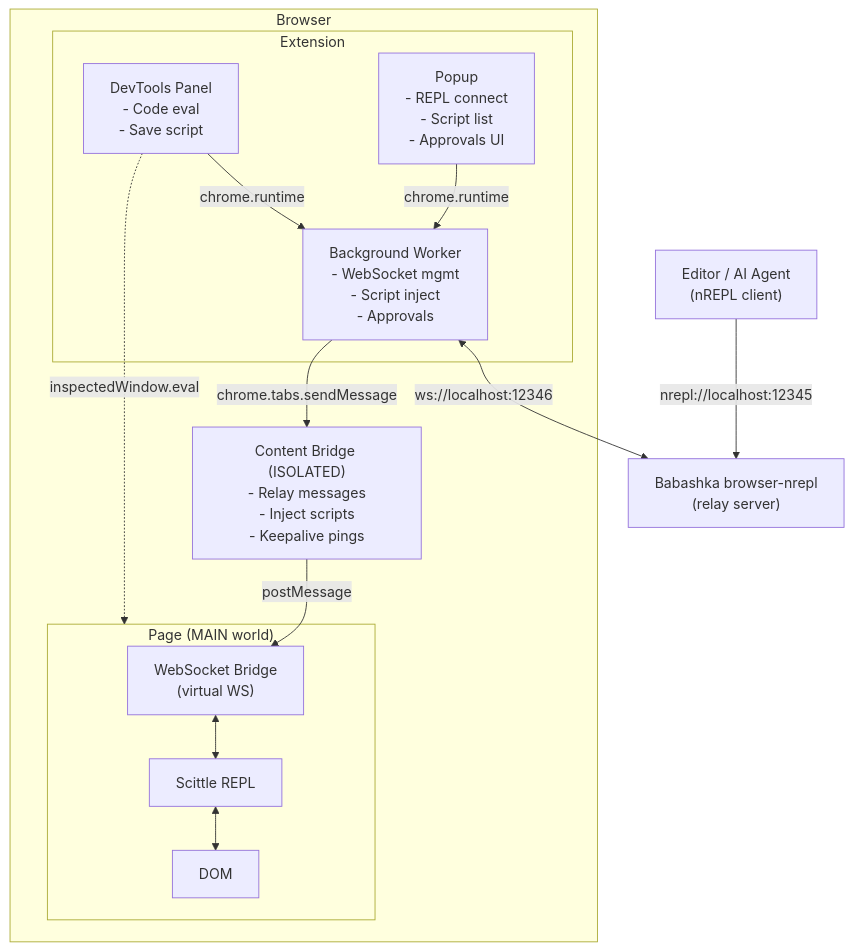
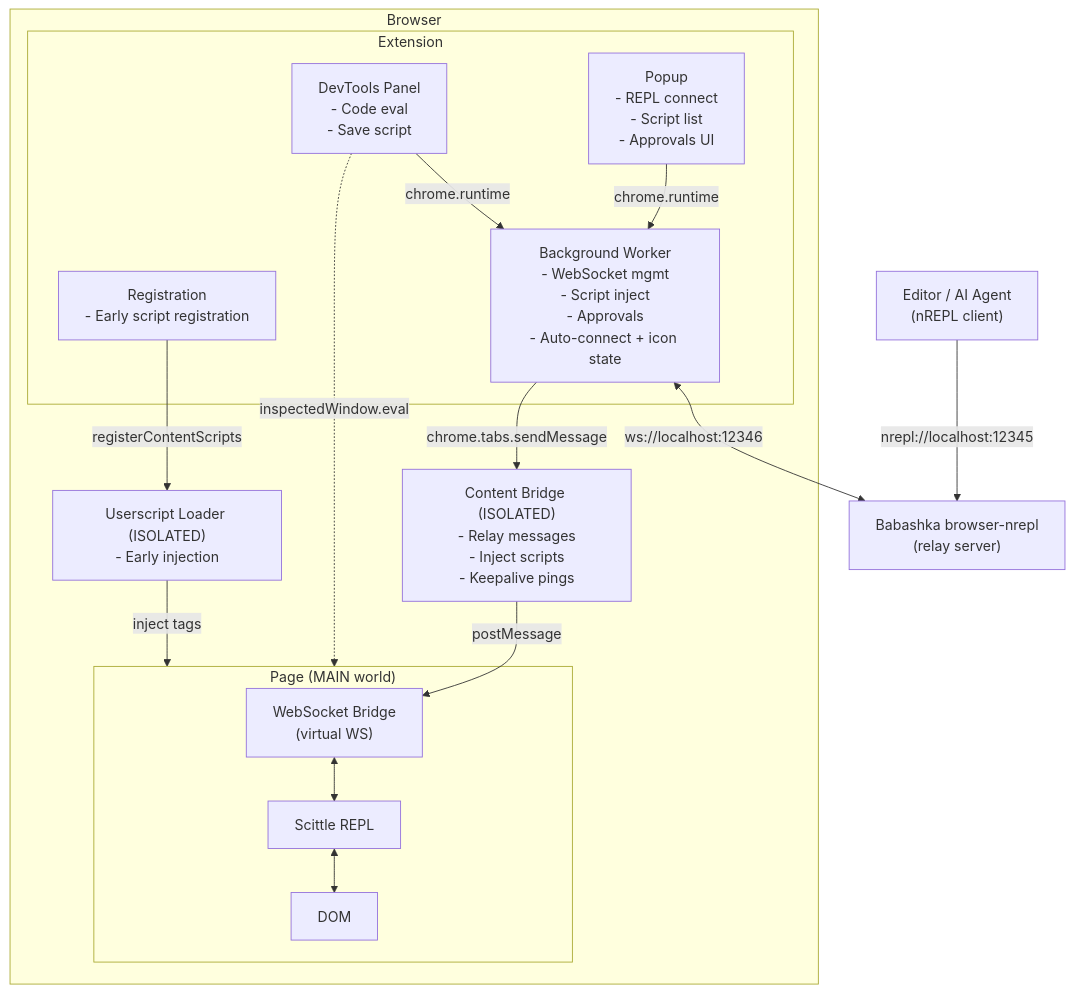
One commit to PEZ/epupp changed the diagram in dev/docs/architecture.md. Above: the diagram before and after it, drawn with Mermaid. The commit also changed other lines of this file and 7 other files, not shown here.

Commit message:
Update architecture from code

````diff
--- a/dev/docs/architecture.md
+++ b/dev/docs/architecture.md
@@ -16,32 +20,36 @@
 ```mermaid
 flowchart TB
     subgraph Browser
         subgraph Extension
-            BG["Background Worker<br/>- WebSocket mgmt<br/>- Script inject<br/>- Approvals"]
+            BG["Background Worker<br/>- WebSocket mgmt<br/>- Script inject<br/>- Approvals<br/>- Auto-connect + icon state"]
+            Reg["Registration<br/>- Early script registration"]
             Popup["Popup<br/>- REPL connect<br/>- Script list<br/>- Approvals UI"]
             Panel["DevTools Panel<br/>- Code eval<br/>- Save script"]
 
             Popup -->|"chrome.runtime"| BG
             Panel -->|"chrome.runtime"| BG
         end
 
         CB["Content Bridge (ISOLATED)<br/>- Relay messages<br/>- Inject scripts<br/>- Keepalive pings"]
+        Loader["Userscript Loader (ISOLATED)<br/>- Early injection"]
         BG -->|"chrome.tabs.sendMessage"| CB
+        Reg -->|"registerContentScripts"| Loader
         Panel -.->|"inspectedWindow.eval"| Page
 
         subgraph Page["Page (MAIN world)"]
             WSB["WebSocket Bridge<br/>(virtual WS)"]
             Scittle["Scittle REPL"]
             DOM["DOM"]
             WSB <--> Scittle <--> DOM
         end
 
         CB -->|"postMessage"| WSB
+        Loader -->|"inject tags"| Page
     end
 
     Relay["Babashka browser-nrepl<br/>(relay server)"]
     Editor["Editor / AI Agent<br/>(nREPL client)"]
 
     BG <-->|"ws://localhost:12346"| Relay
     Editor -->|"nrepl://localhost:12345"| Relay
 ```
````
